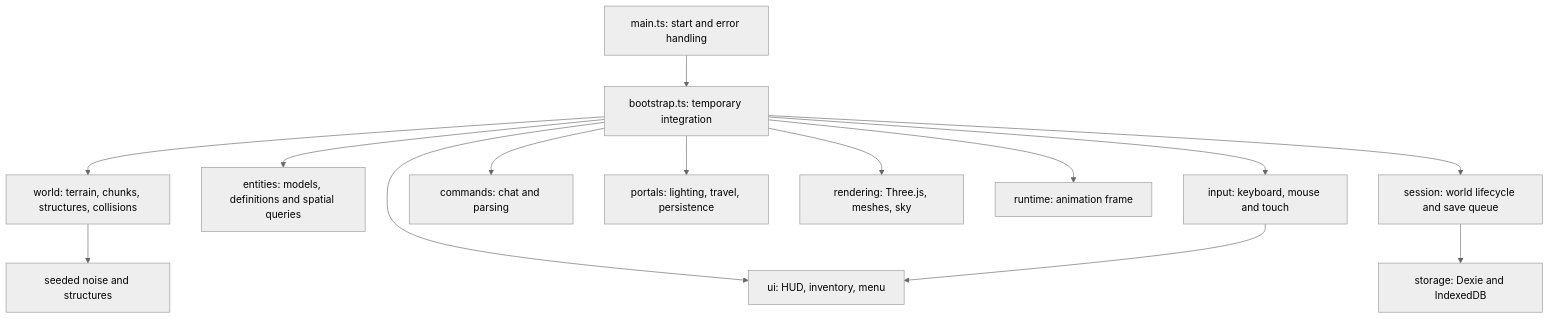
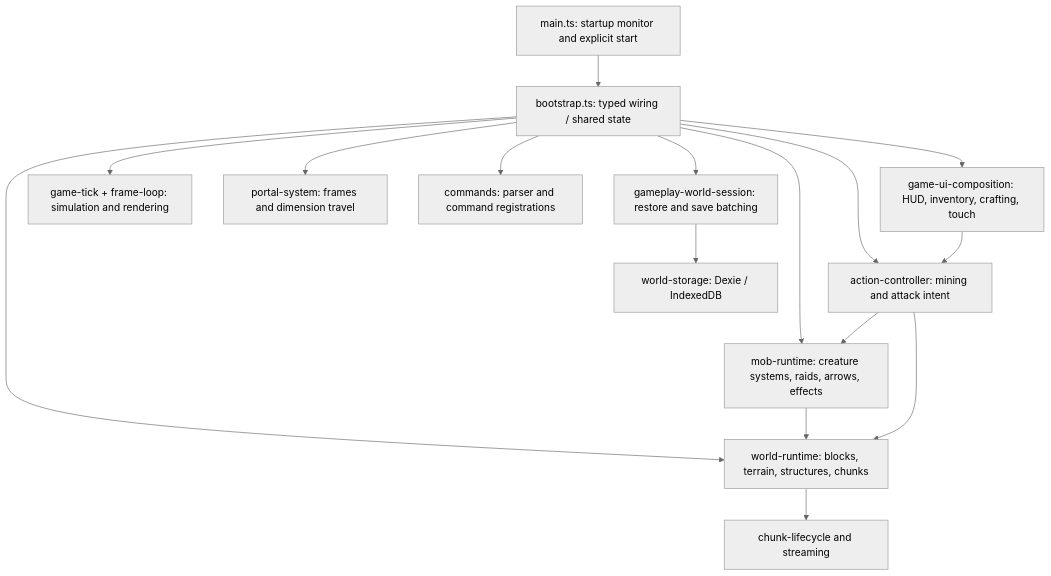
One commit to MauriceCraft/MauriceCraft changed the first of 2 diagrams in docs/ARCHITECTURE.md. Above: the diagram before and after it, drawn with Mermaid (neutral theme). The commit also changed other lines of this file and 5 other files, not shown here.

Commit message:
docs(architecture): document typed bootstrap modules, save ownership and test gates

````diff
--- a/docs/ARCHITECTURE.md
+++ b/docs/ARCHITECTURE.md
@@ -27,16 +27,18 @@
 ```mermaid
 flowchart TD
-    Main["main.ts: start and error handling"] --> Runtime["bootstrap.ts: temporary integration"]
-    Runtime --> World["world: terrain, chunks, structures, collisions"]
-    Runtime --> Entities["entities: models, definitions and spatial queries"]
-    Runtime --> Controls["input: keyboard, mouse and touch"]
-    Runtime --> HUD["ui: HUD, inventory, menu"]
-    Runtime --> Commands["commands: chat and parsing"]
-    Runtime --> Portals["portals: lighting, travel, persistence"]
-    Runtime --> Graphics["rendering: Three.js, meshes, sky"]
-    Runtime --> Loop["runtime: animation frame"]
-    Runtime --> Session["session: world lifecycle and save queue"]
-    Session --> Storage["storage: Dexie and IndexedDB"]
-    World --> Noise["seeded noise and structures"]
-    Controls --> HUD
+    Main["main.ts: startup monitor and explicit start"] --> Bootstrap["bootstrap.ts: typed wiring / shared state"]
+    Bootstrap --> World["world-runtime: blocks, terrain, structures, chunks"]
+    Bootstrap --> Entities["mob-runtime: creature systems, raids, arrows, effects"]
+    Bootstrap --> UI["game-ui-composition: HUD, inventory, crafting, touch"]
+    Bootstrap --> Action["action-controller: mining and attack intent"]
+    Bootstrap --> Tick["game-tick + frame-loop: simulation and rendering"]
+    Bootstrap --> Portal["portal-system: frames and dimension travel"]
+    Bootstrap --> Cmd["commands: parser and command registrations"]
+    Bootstrap --> Session["gameplay-world-session: restore and save batching"]
+    World --> WorldStorage["chunk-lifecycle and streaming"]
+    Entities --> World
+    Action --> Entities
+    Action --> World
+    Session --> IndexedDB["world-storage: Dexie / IndexedDB"]
+    UI --> Action
 ```
````
